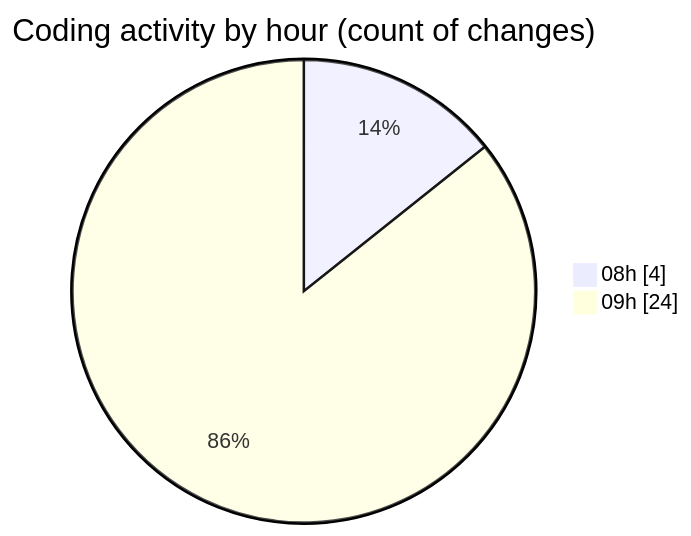
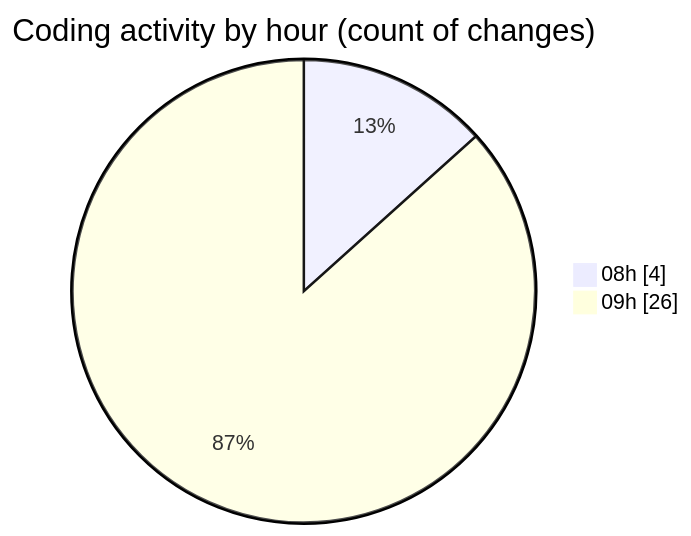
Before and after one commit to momahboobian/code-tracking: the second of 2 diagrams in 2026-09-17/cda/README.md, drawn with Mermaid. The commit also changed other lines of this file and 1 other file, not shown here.

````diff
--- a/2026-09-17/cda/README.md
+++ b/2026-09-17/cda/README.md
@@ -45,6 +46,6 @@
 ```mermaid
 pie showData
 title Coding activity by hour (count of changes)
 "08h" : 4
-"09h" : 24
+"09h" : 26
 ```
````
